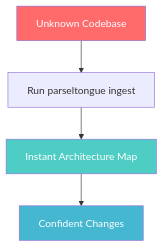
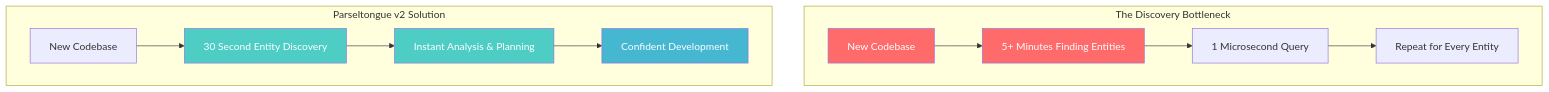
One commit to that-in-rust/parseltongue changed the first of 6 diagrams in README.md. Above: the diagram before and after it, drawn with Mermaid. The commit also changed other lines of this file and 18 other files, not shown here.

````diff
--- a/README.md
+++ b/README.md
@@ -16,10 +10,20 @@
 ```mermaid
 graph TD
-    A[Unknown Codebase] --> B[Run parseltongue ingest]
-    B --> C[Instant Architecture Map]
-    C --> D[Confident Changes]
+    subgraph "The Discovery Bottleneck"
+        A[New Codebase] --> B[5+ Minutes Finding Entities]
+        B --> C[1 Microsecond Query]
+        C --> D[Repeat for Every Entity]
+    end
+    
+    subgraph "Parseltongue v2 Solution"
+        E[New Codebase] --> F[30 Second Entity Discovery]
+        F --> G[Instant Analysis & Planning]
+        G --> H[Confident Development]
+    end
     
     style A fill:#ff6b6b,color:#fff
-    style C fill:#4ecdc4,color:#fff
-    style D fill:#45b7d1,color:#fff
+    style B fill:#ff6b6b,color:#fff
+    style F fill:#4ecdc4,color:#fff
+    style G fill:#4ecdc4,color:#fff
+    style H fill:#45b7d1,color:#fff
 ```
````
